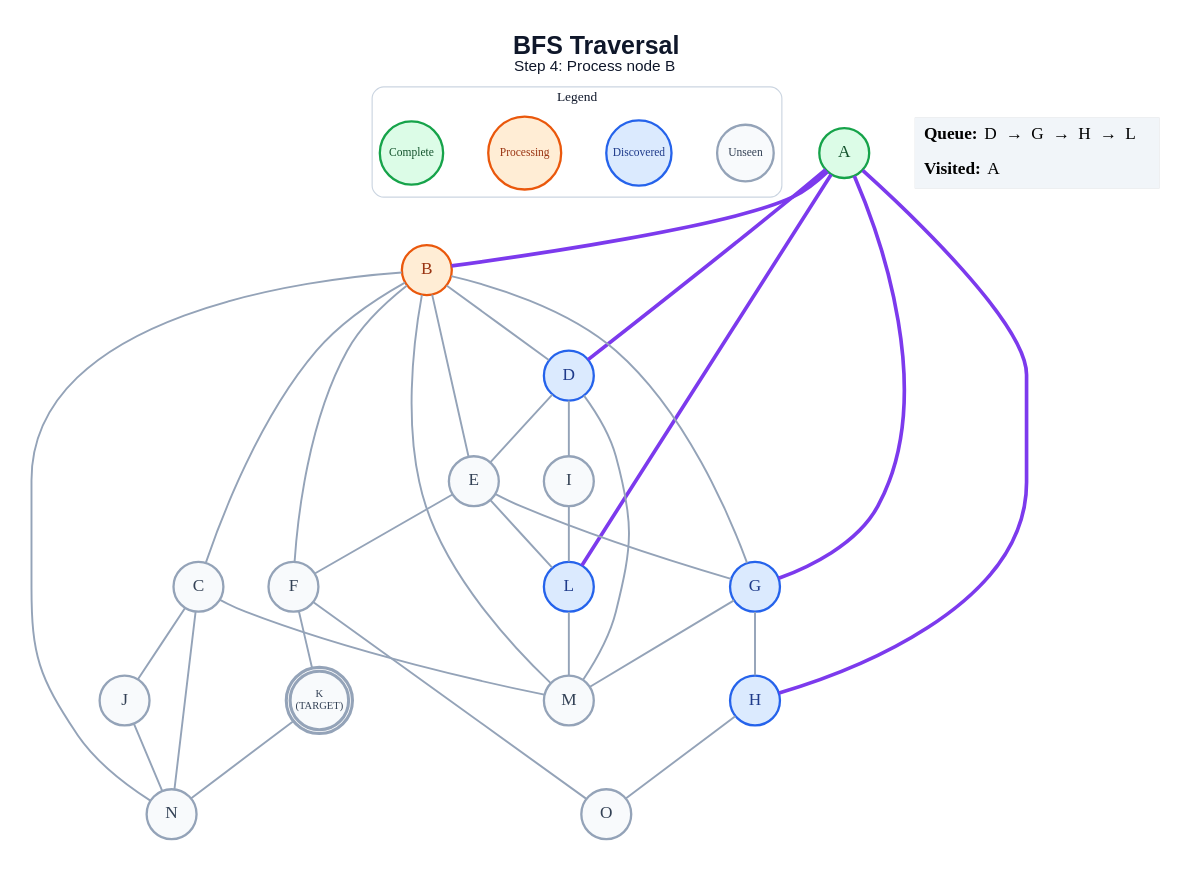
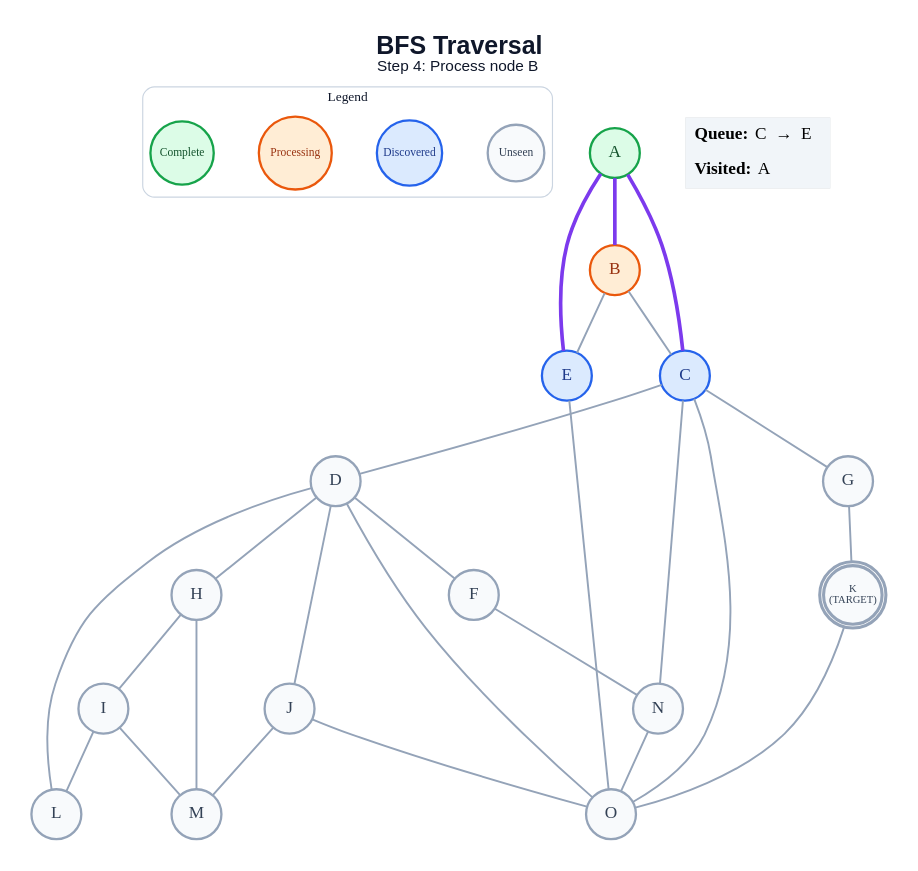
One commit to anon7238593-create/ai-slop changed the diagram in generated/bfs/step_04.dot. Above: the diagram before and after it, drawn with Graphviz. The commit also changed 335 other files, not shown here.

```diff
--- a/generated/bfs/step_04.dot
+++ b/generated/bfs/step_04.dot
@@ -1,64 +1,59 @@
 graph traversal {
   graph [layout=dot, rankdir=TB, bgcolor="#FFFFFF", pad="0.35", nodesep="0.65", ranksep="0.8", fontname="Arial"];
   node [shape=circle, style="filled", fontname="Arial Bold", fontsize=18, width=0.72, fixedsize=true, penwidth=2.4];
   edge [color="#94A3B8", penwidth=2.0];
   label=<<B>BFS Traversal</B><BR/><FONT POINT-SIZE="16">Step 4: Process node B</FONT>>; labelloc="t"; fontsize=26; fontname="Arial"; fontcolor="#0F172A";
   subgraph cluster_legend { label="Legend"; color="#CBD5E1"; penwidth=1.2; style="rounded"; fontsize=14; fontname="Arial Bold";
     key_unseen [label="Unseen", fillcolor="#F8FAFC", color="#94A3B8", fontcolor="#334155", fontsize=12, width=0.82];
     key_frontier [label="Discovered", fillcolor="#DBEAFE", color="#2563EB", fontcolor="#1E3A8A", fontsize=12, width=0.95];
     key_current [label="Processing", fillcolor="#FFEDD5", color="#EA580C", fontcolor="#9A3412", fontsize=12, width=1.05];
     key_done [label="Complete", fillcolor="#DCFCE7", color="#16A34A", fontcolor="#14532D", fontsize=12, width=0.92];
     { rank=same; key_unseen; key_frontier; key_current; key_done; }
   }
   A [label="A", fillcolor="#DCFCE7", color="#16A34A", fontcolor="#14532D", peripheries=1, penwidth=2.4];
   B [label="B", fillcolor="#FFEDD5", color="#EA580C", fontcolor="#9A3412", peripheries=1, penwidth=2.4];
-  C [label="C", fillcolor="#F8FAFC", color="#94A3B8", fontcolor="#334155", peripheries=1, penwidth=2.4];
-  D [label="D", fillcolor="#DBEAFE", color="#2563EB", fontcolor="#1E3A8A", peripheries=1, penwidth=2.4];
-  E [label="E", fillcolor="#F8FAFC", color="#94A3B8", fontcolor="#334155", peripheries=1, penwidth=2.4];
+  C [label="C", fillcolor="#DBEAFE", color="#2563EB", fontcolor="#1E3A8A", peripheries=1, penwidth=2.4];
+  D [label="D", fillcolor="#F8FAFC", color="#94A3B8", fontcolor="#334155", peripheries=1, penwidth=2.4];
+  E [label="E", fillcolor="#DBEAFE", color="#2563EB", fontcolor="#1E3A8A", peripheries=1, penwidth=2.4];
   F [label="F", fillcolor="#F8FAFC", color="#94A3B8", fontcolor="#334155", peripheries=1, penwidth=2.4];
-  G [label="G", fillcolor="#DBEAFE", color="#2563EB", fontcolor="#1E3A8A", peripheries=1, penwidth=2.4];
-  H [label="H", fillcolor="#DBEAFE", color="#2563EB", fontcolor="#1E3A8A", peripheries=1, penwidth=2.4];
+  G [label="G", fillcolor="#F8FAFC", color="#94A3B8", fontcolor="#334155", peripheries=1, penwidth=2.4];
+  H [label="H", fillcolor="#F8FAFC", color="#94A3B8", fontcolor="#334155", peripheries=1, penwidth=2.4];
   I [label="I", fillcolor="#F8FAFC", color="#94A3B8", fontcolor="#334155", peripheries=1, penwidth=2.4];
   J [label="J", fillcolor="#F8FAFC", color="#94A3B8", fontcolor="#334155", peripheries=1, penwidth=2.4];
   K [label="K\n(TARGET)", fillcolor="#F8FAFC", color="#94A3B8", fontcolor="#334155", peripheries=2, penwidth=3.2, fontsize=11, width=0.85, height=0.85];
-  L [label="L", fillcolor="#DBEAFE", color="#2563EB", fontcolor="#1E3A8A", peripheries=1, penwidth=2.4];
+  L [label="L", fillcolor="#F8FAFC", color="#94A3B8", fontcolor="#334155", peripheries=1, penwidth=2.4];
   M [label="M", fillcolor="#F8FAFC", color="#94A3B8", fontcolor="#334155", peripheries=1, penwidth=2.4];
   N [label="N", fillcolor="#F8FAFC", color="#94A3B8", fontcolor="#334155", peripheries=1, penwidth=2.4];
   O [label="O", fillcolor="#F8FAFC", color="#94A3B8", fontcolor="#334155", peripheries=1, penwidth=2.4];
   A -- B [color="#7C3AED", penwidth=3.8];
-  A -- D [color="#7C3AED", penwidth=3.8];
-  A -- G [color="#7C3AED", penwidth=3.8];
-  A -- H [color="#7C3AED", penwidth=3.8];
-  A -- L [color="#7C3AED", penwidth=3.8];
+  A -- C [color="#7C3AED", penwidth=3.8];
+  A -- E [color="#7C3AED", penwidth=3.8];
   B -- C;
-  B -- D;
   B -- E;
-  B -- F;
-  B -- G;
-  B -- M;
-  B -- N;
-  C -- J;
-  C -- M;
+  C -- D;
+  C -- G;
   C -- N;
-  D -- E;
-  D -- I;
-  D -- M;
-  E -- F;
-  E -- G;
-  E -- L;
-  F -- K;
-  F -- O;
-  G -- H;
-  G -- M;
-  H -- O;
+  C -- O;
+  D -- F;
+  D -- H;
+  D -- J;
+  D -- L;
+  D -- O;
+  E -- O;
+  F -- N;
+  G -- K;
+  H -- I;
+  H -- M;
   I -- L;
-  J -- N;
-  K -- N;
-  L -- M;
+  I -- M;
+  J -- M;
+  J -- O;
+  K -- O;
+  N -- O;
   status [shape=plain, fixedsize=false, width=0, height=0, margin=0, label=<
     <TABLE BORDER="0" CELLBORDER="0" CELLPADDING="7" BGCOLOR="#F1F5F9">
-      <TR><TD ALIGN="LEFT"><B>Queue:</B> D  →  G  →  H  →  L</TD></TR>
+      <TR><TD ALIGN="LEFT"><B>Queue:</B> C  →  E</TD></TR>
       <TR><TD ALIGN="LEFT"><B>Visited:</B> A</TD></TR>
     </TABLE>
   >];
 }
```
